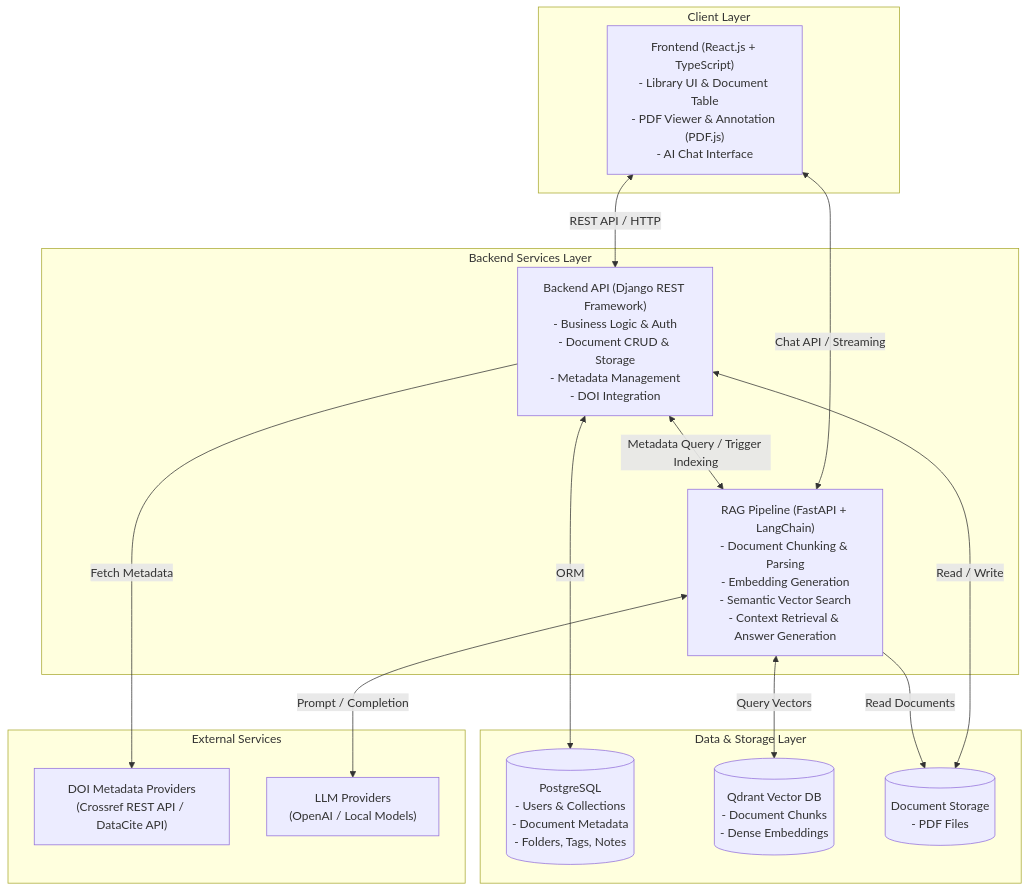
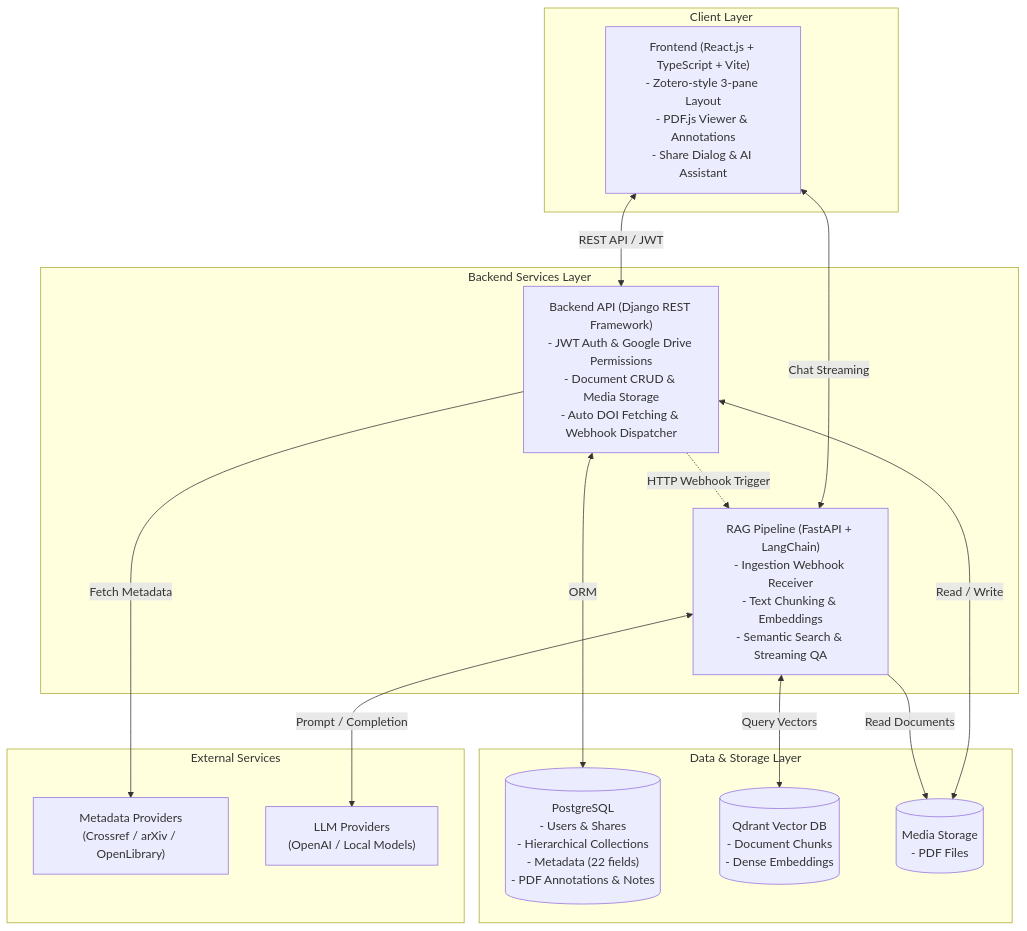
Before and after one commit to Scrowbin/science-document-viewer: the diagram in README.md, drawn with Mermaid. The commit also changed other lines of this file and 7 other files, not shown here.

````diff
--- a/README.md
+++ b/README.md
@@ -24,32 +37,32 @@
 ```mermaid
 flowchart TB
     subgraph Client ["Client Layer"]
-        FE["Frontend (React.js + TypeScript)\n- Library UI & Document Table\n- PDF Viewer & Annotation (PDF.js)\n- AI Chat Interface"]
+        FE["Frontend (React.js + TypeScript + Vite)\n- Zotero-style 3-pane Layout\n- PDF.js Viewer & Annotations\n- Share Dialog & AI Assistant"]
     end
 
     subgraph External ["External Services"]
-        DOI["DOI Metadata Providers\n(Crossref REST API / DataCite API)"]
+        DOI["Metadata Providers\n(Crossref / arXiv / OpenLibrary)"]
         LLM["LLM Providers\n(OpenAI / Local Models)"]
     end
 
     subgraph BackendServices ["Backend Services Layer"]
-        BE["Backend API (Django REST Framework)\n- Business Logic & Auth\n- Document CRUD & Storage\n- Metadata Management\n- DOI Integration"]
-        RAG["RAG Pipeline (FastAPI + LangChain)\n- Document Chunking & Parsing\n- Embedding Generation\n- Semantic Vector Search\n- Context Retrieval & Answer Generation"]
+        BE["Backend API (Django REST Framework)\n- JWT Auth & Google Drive Permissions\n- Document CRUD & Media Storage\n- Auto DOI Fetching & Webhook Dispatcher"]
+        RAG["RAG Pipeline (FastAPI + LangChain)\n- Ingestion Webhook Receiver\n- Text Chunking & Embeddings\n- Semantic Search & Streaming QA"]
     end
 
     subgraph DataStorage ["Data & Storage Layer"]
-        PG[("PostgreSQL\n- Users & Collections\n- Document Metadata\n- Folders, Tags, Notes")]
+        PG[("PostgreSQL\n- Users & Shares\n- Hierarchical Collections\n- Metadata (22 fields)\n- PDF Annotations & Notes")]
         QD[("Qdrant Vector DB\n- Document Chunks\n- Dense Embeddings")]
-        FS[("Document Storage\n- PDF Files")]
+        FS[("Media Storage\n- PDF Files")]
     end
 
-    FE <-->|REST API / HTTP| BE
-    FE <-->|Chat API / Streaming| RAG
-    BE <-->|Metadata Query / Trigger Indexing| RAG
+    FE <-->|REST API / JWT| BE
+    FE <-->|Chat Streaming| RAG
     BE -->|Fetch Metadata| DOI
     BE <-->|ORM| PG
     BE <-->|Read / Write| FS
+    BE -.->|HTTP Webhook Trigger| RAG
     RAG <-->|Query Vectors| QD
     RAG <-->|Prompt / Completion| LLM
     RAG -->|Read Documents| FS
 ```
````
